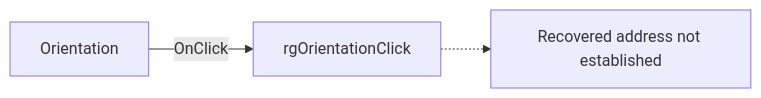
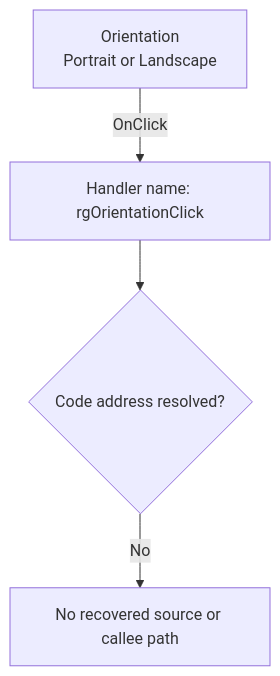
Before and after one commit to MovGP0/TIARA: the diagram in docs/ui-controls/pagesetupdlg/rgorientation-4c1d31e107.md, drawn with Mermaid. The commit also changed other lines of this file and 1062 other files, not shown here.

````diff
--- a/docs/ui-controls/pagesetupdlg/rgorientation-4c1d31e107.md
+++ b/docs/ui-controls/pagesetupdlg/rgorientation-4c1d31e107.md
@@ -27,5 +37,6 @@
 ```mermaid
-flowchart LR
-    control[" Orientation "] -->|OnClick| handler["rgOrientationClick"]
-    handler -.-> unresolved["Recovered address not established"]
+flowchart TD
+    control["Orientation<br/>Portrait or Landscape"] -->|"OnClick"| binding["Handler name: rgOrientationClick"]
+    binding --> address{"Code address resolved?"}
+    address -->|"No"| gap["No recovered source or callee path"]
 ```
````
